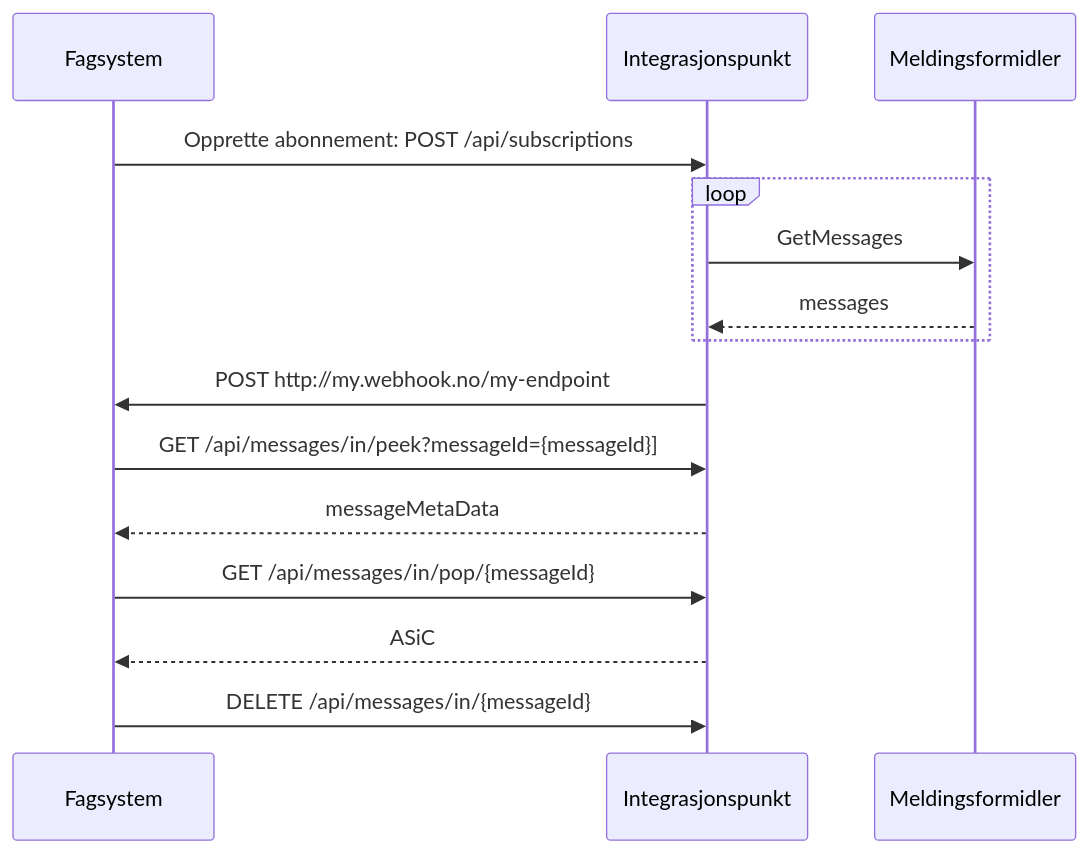
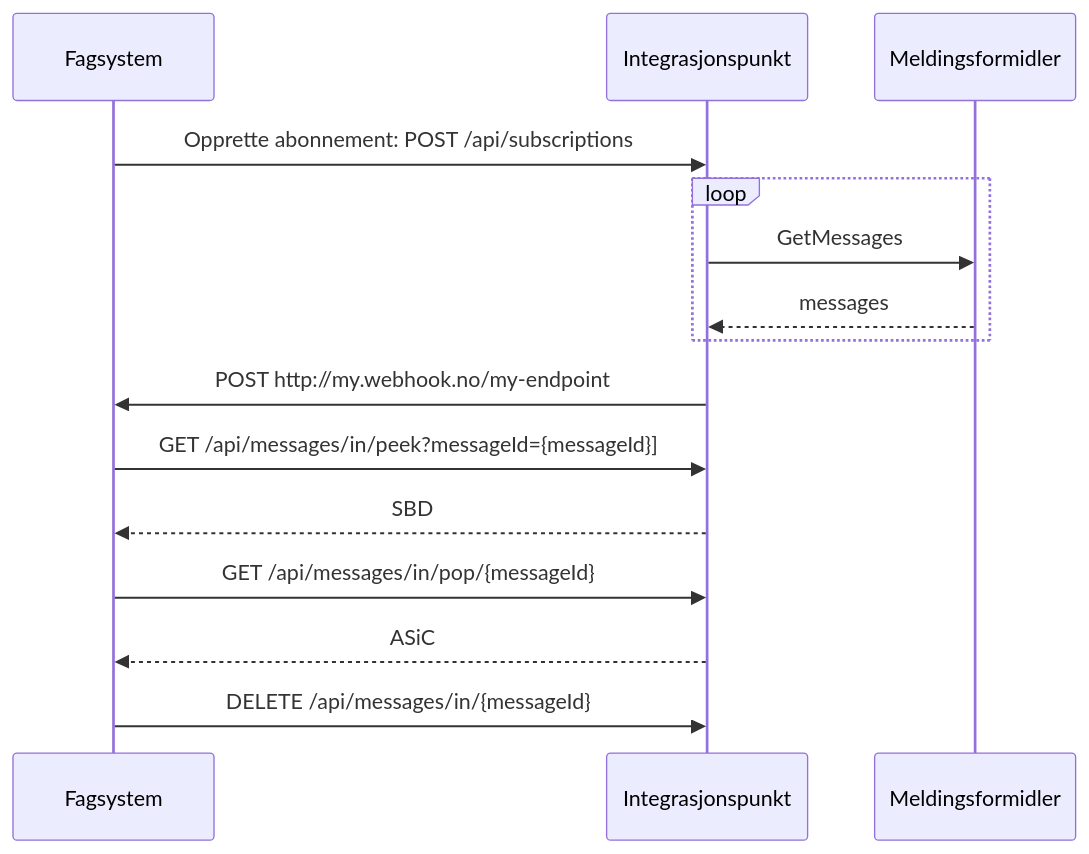
Before and after one commit to felleslosninger/docs: the seventh of 7 diagrams in _docs/eFormidling/Utvikling/integrasjonspunkt_eformidling2_api.md, drawn with Mermaid. The commit also changed other lines of this file, not shown here.

Commit message:
Endret fra messageMetaData til SBD i diagram for eFormidling 2 API

```diff
--- a/_docs/eFormidling/Utvikling/integrasjonspunkt_eformidling2_api.md
+++ b/_docs/eFormidling/Utvikling/integrasjonspunkt_eformidling2_api.md
@@ -244,23 +244,23 @@
 <div class="mermaid">
 
 sequenceDiagram
 participant fs as Fagsystem
 participant ip as Integrasjonspunkt
 participant mf  as Meldingsformidler
 
     fs->>ip: Opprette abonnement: POST /api/subscriptions
 
     loop
         ip->>mf: GetMessages
         mf-->>ip: messages
     end
 
     ip->>fs: POST http://my.webhook.no/my-endpoint
     
     fs->>ip: GET /api/messages/in/peek?messageId={messageId}]
-    ip-->>fs: messageMetaData
+    ip-->>fs: SBD
     fs->>ip: GET /api/messages/in/pop/{messageId}
     ip-->>fs: ASiC
     fs->>ip: DELETE /api/messages/in/{messageId}
 
 </div>
```
